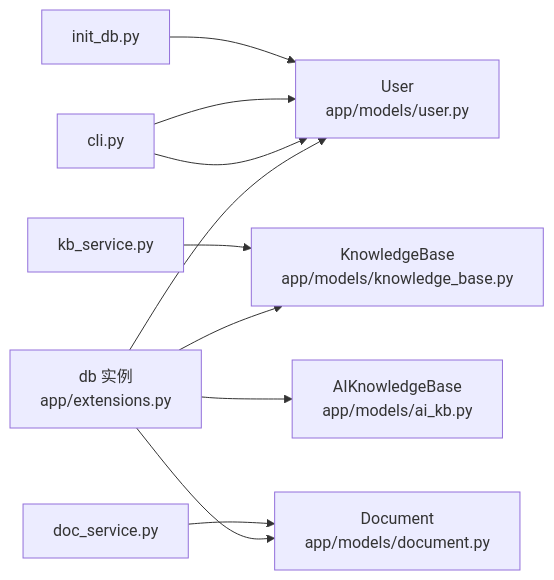
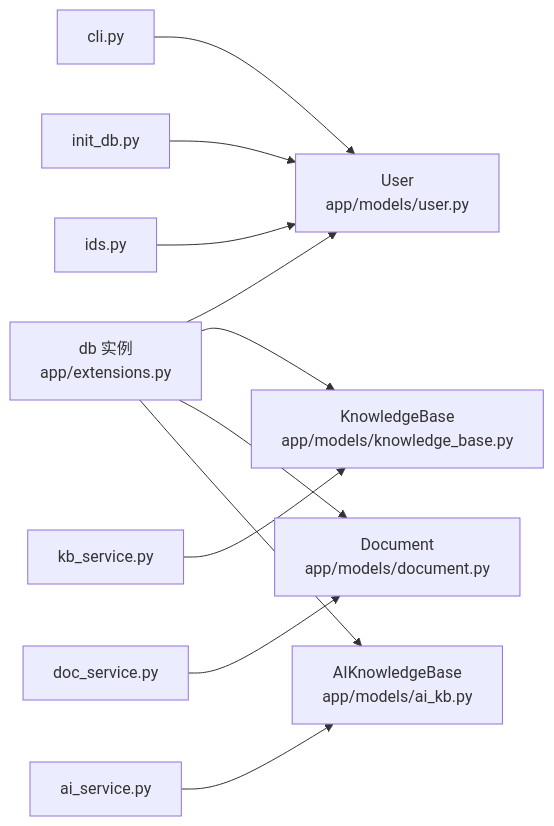
The seventh of 7 diagrams in .qoder/repowiki/zh/content/数据模型设计/数据模型设计.md (beyondalbert/my_wiki), drawn with Mermaid before and after one commit. The commit also changed other lines of this file and 21 other files, not shown here.

````diff
--- a/.qoder/repowiki/zh/content/数据模型设计/数据模型设计.md
+++ b/.qoder/repowiki/zh/content/数据模型设计/数据模型设计.md
@@ -432,12 +463,13 @@
 ```mermaid
 graph LR
 EXT["db 实例<br/>app/extensions.py"] --> MUSER["User<br/>app/models/user.py"]
 EXT --> MKB["KnowledgeBase<br/>app/models/knowledge_base.py"]
 EXT --> MDOC["Document<br/>app/models/document.py"]
 EXT --> MAIKB["AIKnowledgeBase<br/>app/models/ai_kb.py"]
 SVCDOC["doc_service.py"] --> MDOC
 SVCKB["kb_service.py"] --> MKB
+SVC_AI["ai_service.py"] --> MAIKB
 CLI["cli.py"] --> MUSER
-CLI --> MUSER
 INIT["init_db.py"] --> MUSER
+IDS["ids.py"] --> MUSER
 ```
````
